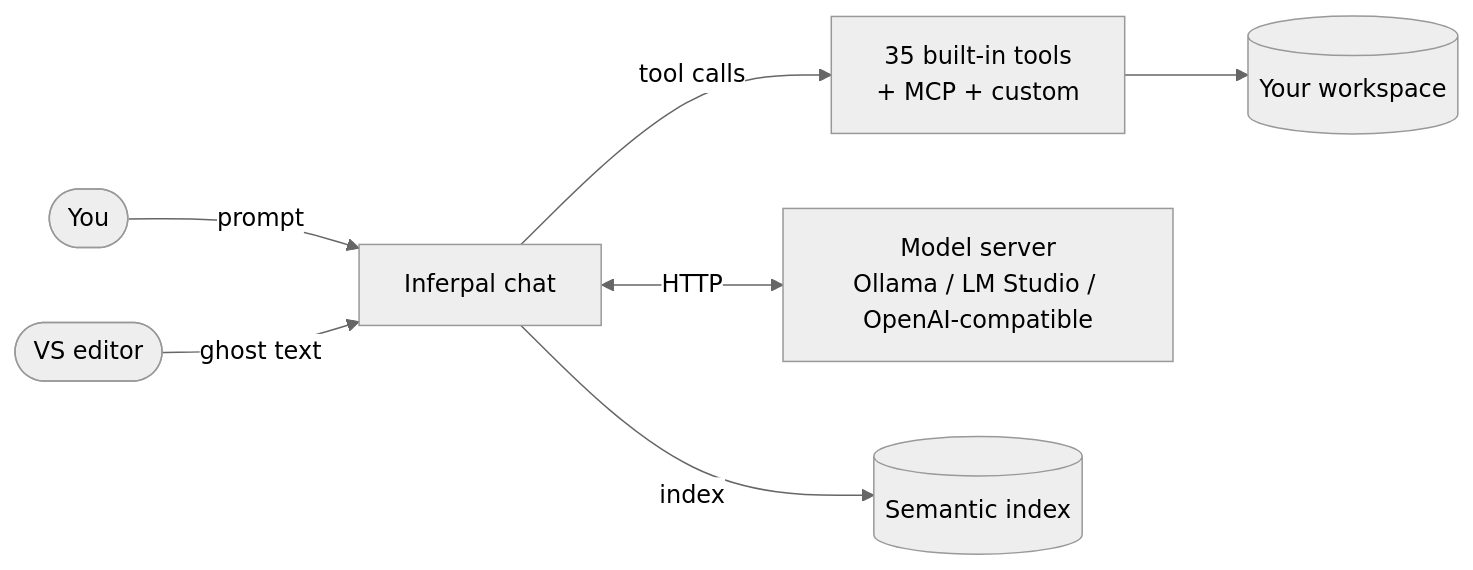
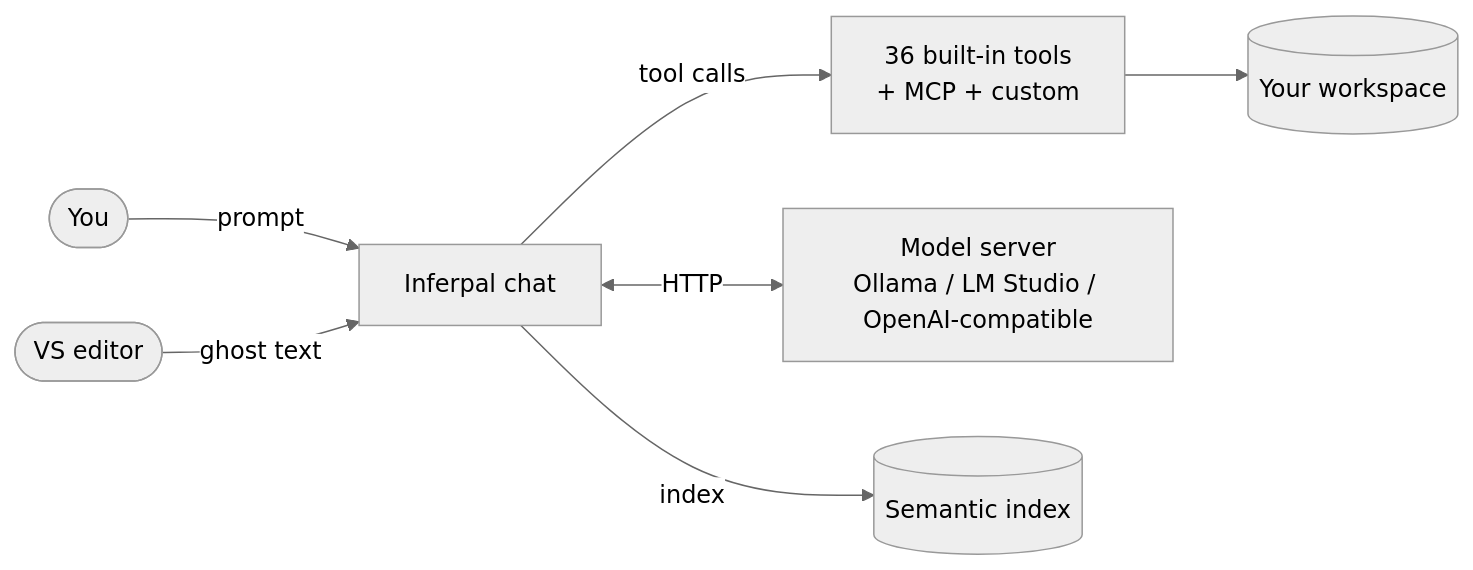
One commit to EstaxNet/Inferpal changed the diagram in docs/README.md. Above: the diagram before and after it, drawn with Mermaid (neutral theme). The commit also changed other lines of this file and 15 other files, not shown here.

````diff
--- a/docs/README.md
+++ b/docs/README.md
@@ -39,9 +39,9 @@
 ```mermaid
 flowchart LR
     user([You]) -->|prompt| chat[Inferpal chat]
-    chat -->|tool calls| tools[35 built-in tools<br/>+ MCP + custom]
+    chat -->|tool calls| tools[36 built-in tools<br/>+ MCP + custom]
     chat <-->|HTTP| provider[Model server<br/>Ollama / LM Studio / OpenAI-compatible]
     tools --> ws[(Your workspace)]
     editor([VS editor]) -->|ghost text| chat
     chat -->|index| rag[(Semantic index)]
 ```
````
